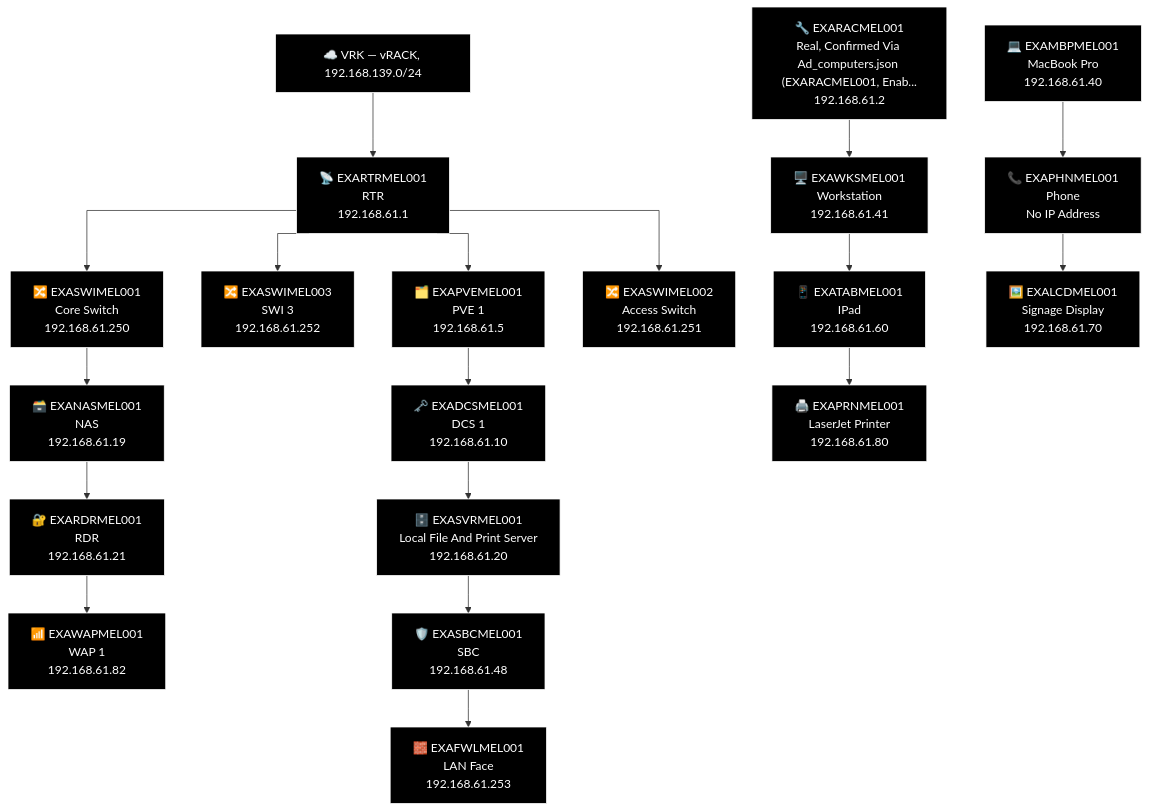
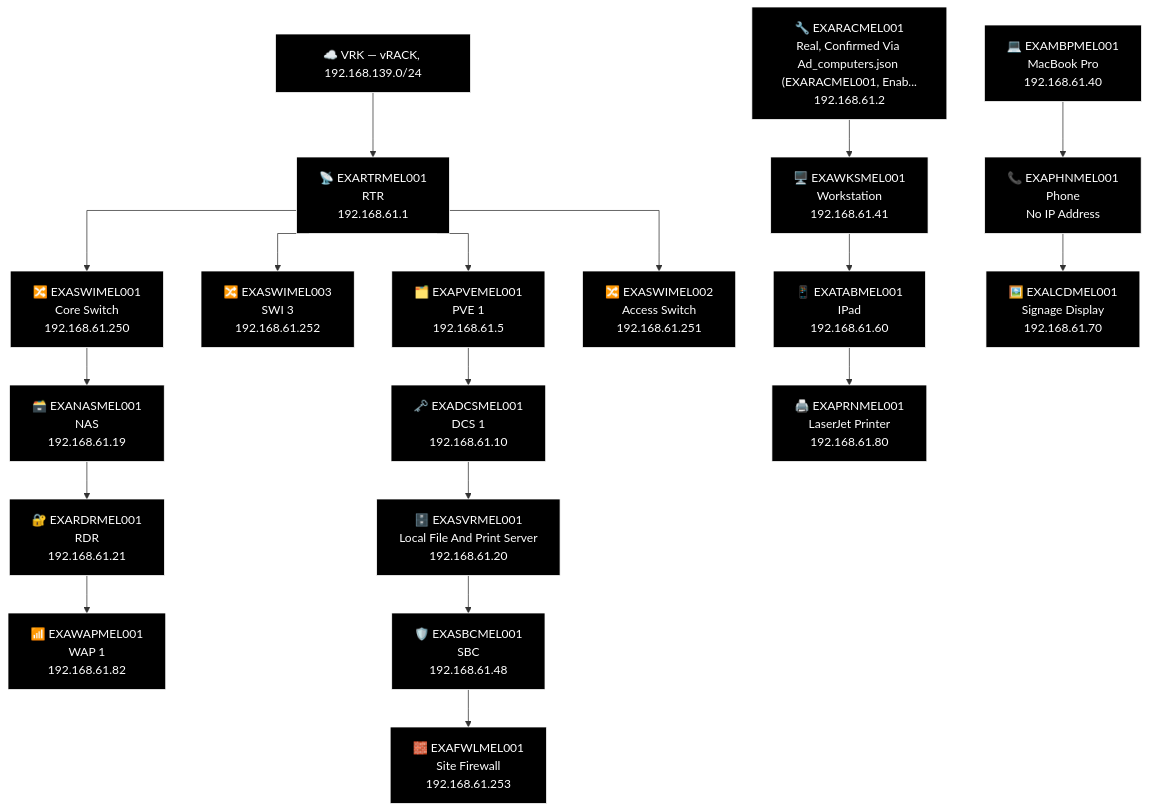
Before and after one commit to knightmare2600/example_music_infra: the sixth of 6 diagrams in docs/network-diagram/australia.md, drawn with Mermaid. The commit also changed other lines of this file and 19 other files, not shown here.

````diff
--- a/docs/network-diagram/australia.md
+++ b/docs/network-diagram/australia.md
@@ -310,55 +310,55 @@
 ```mermaid
 %% GENERATED:TOPOLOGY:MEL:START
 %%{init: {'flowchart': {'curve': 'stepAfter'}}}%%
 graph TD
     T_VRK["☁️ VRK — vRACK, 192.168.139.0/24"]
     T_RTR["📡 EXARTRMEL001<br/>RTR<br/>192.168.61.1"]
     T_VRK --> T_RTR
     T_PVE["🗂️ EXAPVEMEL001<br/>PVE 1<br/>192.168.61.5"]
     T_RTR --> T_PVE
     T_SWI["🔀 EXASWIMEL003<br/>SWI 3<br/>192.168.61.252"]
     T_RTR --> T_SWI
     T_SWI2["🔀 EXASWIMEL001<br/>Core Switch<br/>192.168.61.250"]
     T_RTR --> T_SWI2
     T_SWI3["🔀 EXASWIMEL002<br/>Access Switch<br/>192.168.61.251"]
     T_RTR --> T_SWI3
     T_NAS["🗃️ EXANASMEL001<br/>NAS<br/>192.168.61.19"]
     T_RDR["🔐 EXARDRMEL001<br/>RDR<br/>192.168.61.21"]
     T_WAP["📶 EXAWAPMEL001<br/>WAP 1<br/>192.168.61.82"]
     T_SWI2 --> T_NAS --> T_RDR --> T_WAP
     T_DCS["🗝️ EXADCSMEL001<br/>DCS 1<br/>192.168.61.10"]
     T_SVR["🗄️ EXASVRMEL001<br/>Local File And Print Server<br/>192.168.61.20"]
     T_SBC["🛡️ EXASBCMEL001<br/>SBC<br/>192.168.61.48"]
-    T_FWL["🧱 EXAFWLMEL001<br/>LAN Face<br/>192.168.61.253"]
+    T_FWL["🧱 EXAFWLMEL001<br/>Site Firewall<br/>192.168.61.253"]
     T_PVE --> T_DCS --> T_SVR --> T_SBC --> T_FWL
     T_RAC["🔧 EXARACMEL001<br/>Real, Confirmed Via Ad_computers.json (EXARACMEL001, Enab...<br/>192.168.61.2"]
     T_MBP["💻 EXAMBPMEL001<br/>MacBook Pro<br/>192.168.61.40"]
     T_WKS["🖥️ EXAWKSMEL001<br/>Workstation<br/>192.168.61.41"]
     T_PHN["📞 EXAPHNMEL001<br/>Phone<br/>No IP Address"]
     T_TAB["📱 EXATABMEL001<br/>IPad<br/>192.168.61.60"]
     T_LCD["🖼️ EXALCDMEL001<br/>Signage Display<br/>192.168.61.70"]
     T_PRN["🖨️ EXAPRNMEL001<br/>LaserJet Printer<br/>192.168.61.80"]
     T_RAC --> T_WKS --> T_TAB --> T_PRN
     T_MBP --> T_PHN --> T_LCD
     style T_VRK fill:#000000,stroke:#FFFFFF,color:#FFFFFF
     style T_RTR fill:#000000,stroke:#FFFFFF,color:#FFFFFF
     style T_PVE fill:#000000,stroke:#FFFFFF,color:#FFFFFF
     style T_SWI fill:#000000,stroke:#FFFFFF,color:#FFFFFF
     style T_SWI2 fill:#000000,stroke:#FFFFFF,color:#FFFFFF
     style T_SWI3 fill:#000000,stroke:#FFFFFF,color:#FFFFFF
     style T_NAS fill:#000000,stroke:#FFFFFF,color:#FFFFFF
     style T_RDR fill:#000000,stroke:#FFFFFF,color:#FFFFFF
     style T_WAP fill:#000000,stroke:#FFFFFF,color:#FFFFFF
     style T_DCS fill:#000000,stroke:#FFFFFF,color:#FFFFFF
     style T_SVR fill:#000000,stroke:#FFFFFF,color:#FFFFFF
     style T_SBC fill:#000000,stroke:#FFFFFF,color:#FFFFFF
     style T_FWL fill:#000000,stroke:#FFFFFF,color:#FFFFFF
     style T_RAC fill:#000000,stroke:#FFFFFF,color:#FFFFFF
     style T_MBP fill:#000000,stroke:#FFFFFF,color:#FFFFFF
     style T_WKS fill:#000000,stroke:#FFFFFF,color:#FFFFFF
     style T_PHN fill:#000000,stroke:#FFFFFF,color:#FFFFFF
     style T_TAB fill:#000000,stroke:#FFFFFF,color:#FFFFFF
     style T_LCD fill:#000000,stroke:#FFFFFF,color:#FFFFFF
     style T_PRN fill:#000000,stroke:#FFFFFF,color:#FFFFFF
 %% GENERATED:TOPOLOGY:MEL:END
 ```
````
